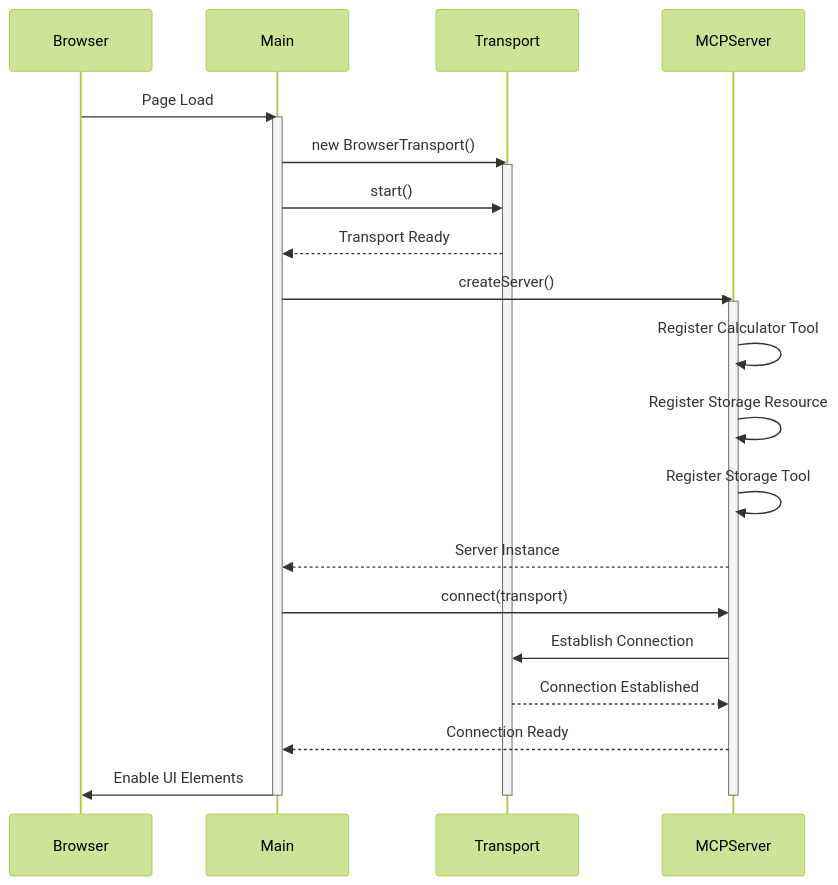
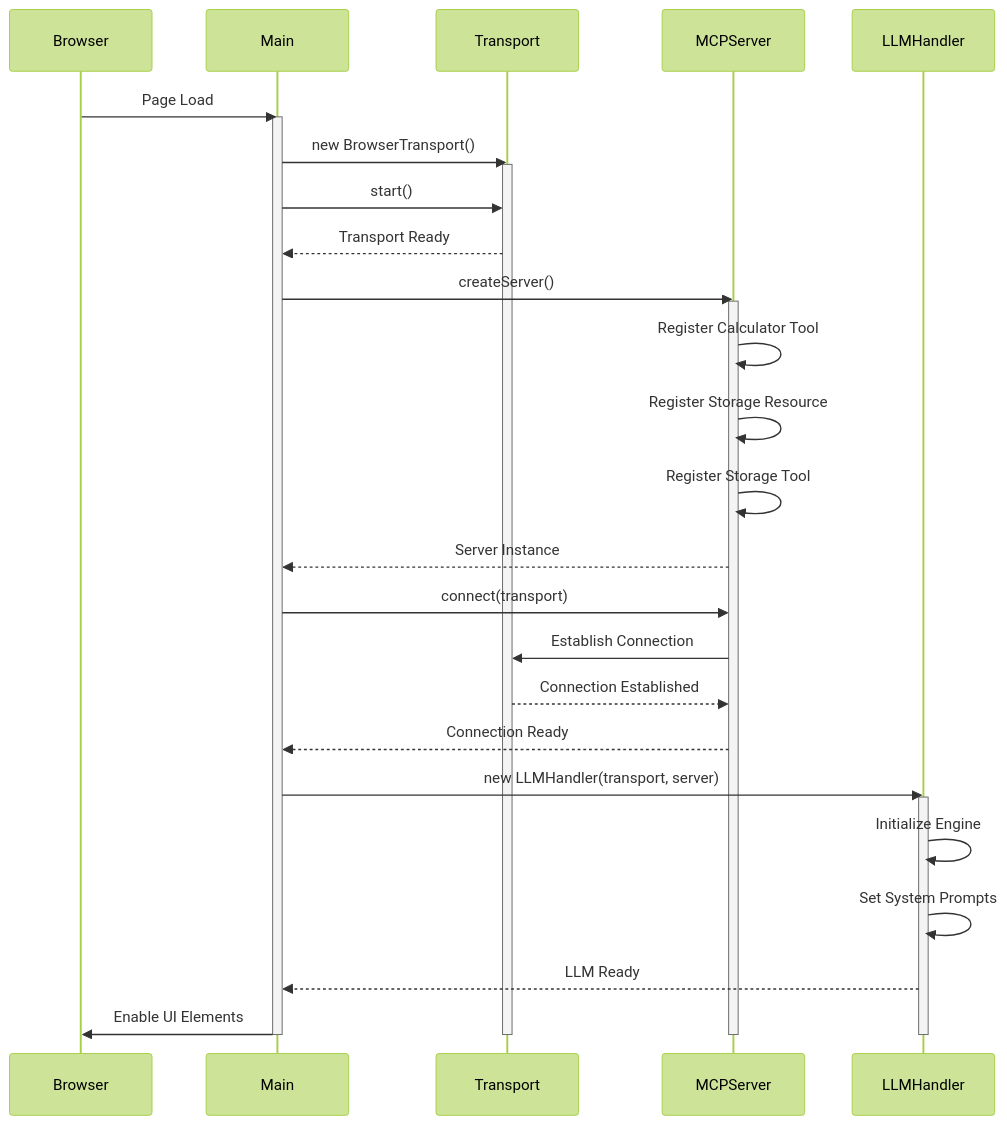
Before and after one commit to beekmarks/mcp-wasm: the first of 8 diagrams in SEQUENCE_DIAGRAMS.md, drawn with Mermaid (forest theme). The commit also changed other lines of this file and 19 other files, not shown here.

````diff
--- a/SEQUENCE_DIAGRAMS.md
+++ b/SEQUENCE_DIAGRAMS.md
@@ -7,31 +7,39 @@
 ```mermaid
 sequenceDiagram
     participant Browser
     participant Main
     participant Transport
     participant MCPServer
+    participant LLMHandler
     
     Browser->>Main: Page Load
     activate Main
     Main->>Transport: new BrowserTransport()
     activate Transport
     Main->>Transport: start()
     Transport-->>Main: Transport Ready
     
     Main->>MCPServer: createServer()
     activate MCPServer
     MCPServer->>MCPServer: Register Calculator Tool
     MCPServer->>MCPServer: Register Storage Resource
     MCPServer->>MCPServer: Register Storage Tool
     MCPServer-->>Main: Server Instance
     
     Main->>MCPServer: connect(transport)
     MCPServer->>Transport: Establish Connection
     Transport-->>MCPServer: Connection Established
     MCPServer-->>Main: Connection Ready
     
+    Main->>LLMHandler: new LLMHandler(transport, server)
+    activate LLMHandler
+    LLMHandler->>LLMHandler: Initialize Engine
+    LLMHandler->>LLMHandler: Set System Prompts
+    LLMHandler-->>Main: LLM Ready
+    
     Main->>Browser: Enable UI Elements
     deactivate Main
     deactivate Transport
     deactivate MCPServer
+    deactivate LLMHandler
 ```
````
